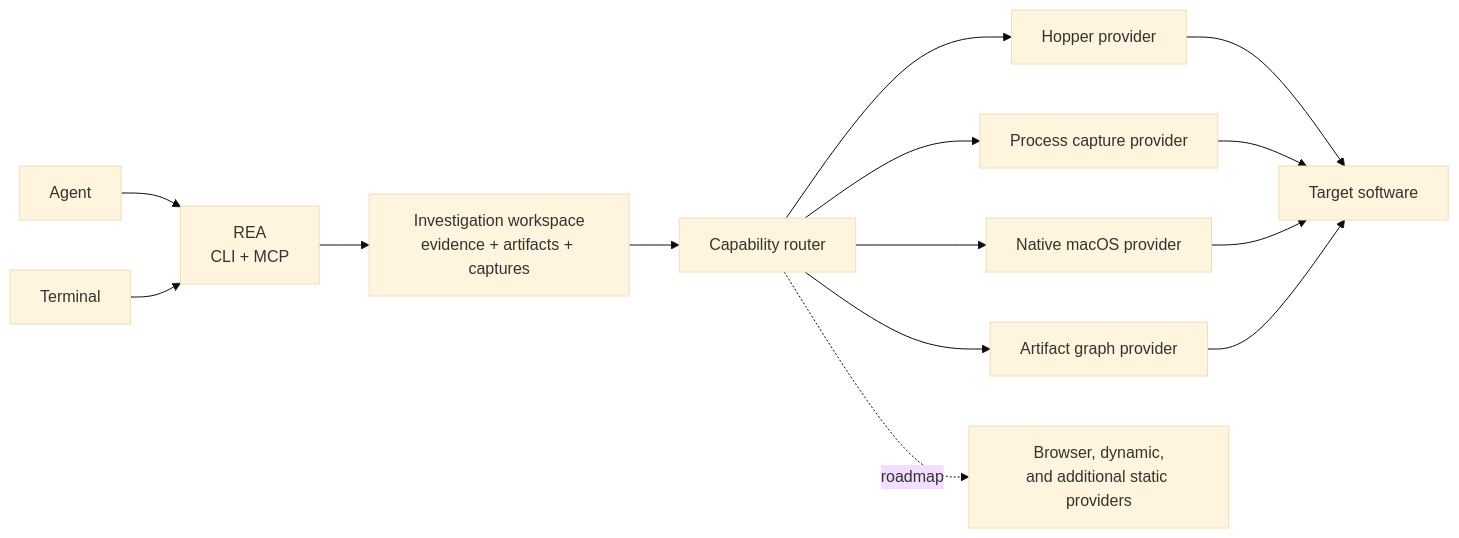
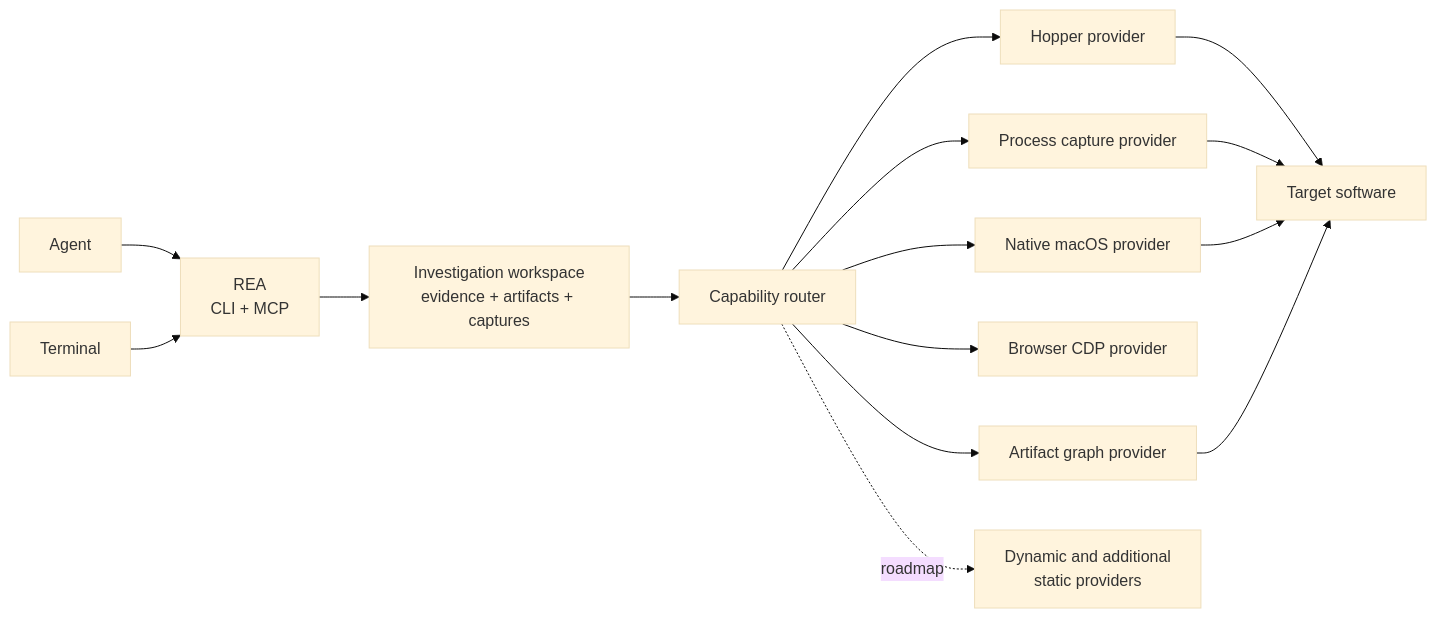
Before and after one commit to bryankwandou/rea: the diagram in README.md, drawn with Mermaid (base theme). The commit also changed other lines of this file and 70 other files, not shown here.

````diff
--- a/README.md
+++ b/README.md
@@ -375,16 +392,17 @@
 ```mermaid
 flowchart LR
     Agent["Agent"] --> REA["REA<br/>CLI + MCP"]
     Terminal --> REA
     REA --> Workspace["Investigation workspace<br/>evidence + artifacts + captures"]
     Workspace --> Router["Capability router"]
     Router --> Hopper["Hopper provider"]
     Router --> Native["Native macOS provider"]
     Router --> Artifact["Artifact graph provider"]
+    Router --> Browser["Browser CDP provider"]
     Router --> Process["Process capture provider"]
-    Router -. roadmap .-> More["Browser, dynamic,<br/>and additional static providers"]
+    Router -. roadmap .-> More["Dynamic and additional<br/>static providers"]
     Hopper --> Target["Target software"]
     Process --> Target
     Native --> Target
     Artifact --> Target
 ```
````
